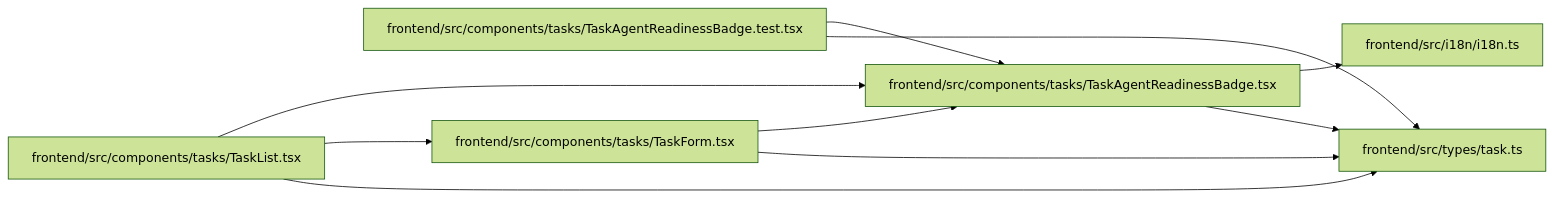
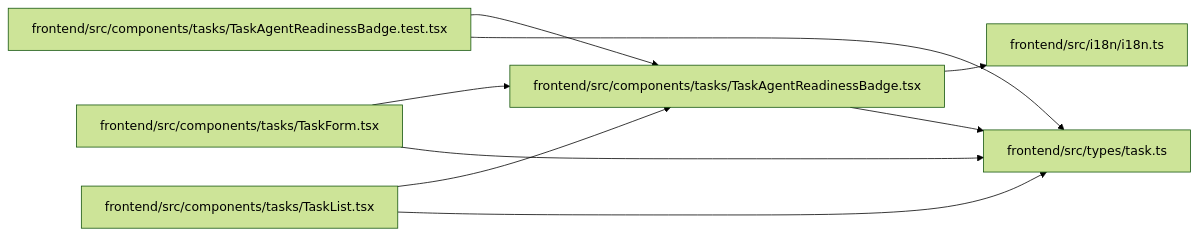
Before and after one commit to Denissvgn/WorkChord: the diagram in docs/llm_wiki/modules/TaskAgentReadinessBadge.md, drawn with Mermaid (forest theme). The commit also changed 958 other files, not shown here.

First line of the commit message:
docs(wiki): refresh identity and recovery architecture

````diff
--- a/docs/llm_wiki/modules/TaskAgentReadinessBadge.md
+++ b/docs/llm_wiki/modules/TaskAgentReadinessBadge.md
@@ -32,24 +32,23 @@
 ```mermaid
 flowchart LR
     n0["frontend/src/components/tasks/TaskAgentReadinessBadge.test.tsx"]
     n1["frontend/src/components/tasks/TaskAgentReadinessBadge.tsx"]
     n2["frontend/src/components/tasks/TaskForm.tsx"]
     n3["frontend/src/components/tasks/TaskList.tsx"]
     n4["frontend/src/i18n/i18n.ts"]
     n5["frontend/src/types/task.ts"]
     n0 --> n1
     n0 --> n5
     n1 --> n4
     n1 --> n5
     n2 --> n1
     n2 --> n5
     n3 --> n1
-    n3 --> n2
     n3 --> n5
     click n0 "../modules/TaskAgentReadinessBadge.test.md"
     click n1 "../modules/TaskAgentReadinessBadge.md"
     click n2 "../modules/TaskForm.md"
     click n3 "../modules/TaskList.md"
     click n4 "../modules/i18n.md"
     click n5 "../modules/types_task.md"
 ```
````
